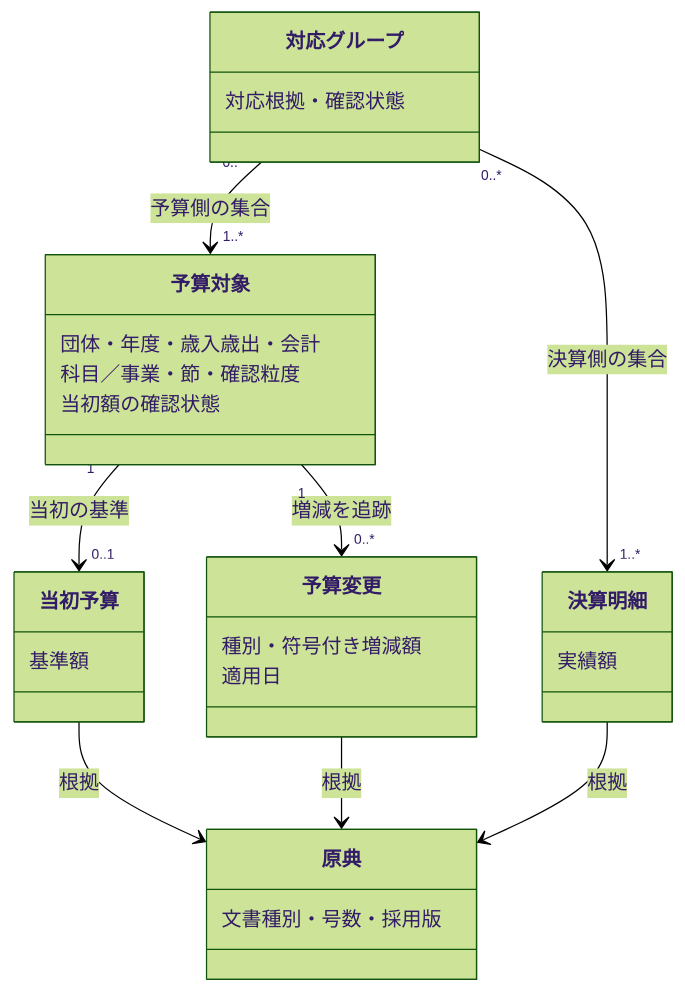
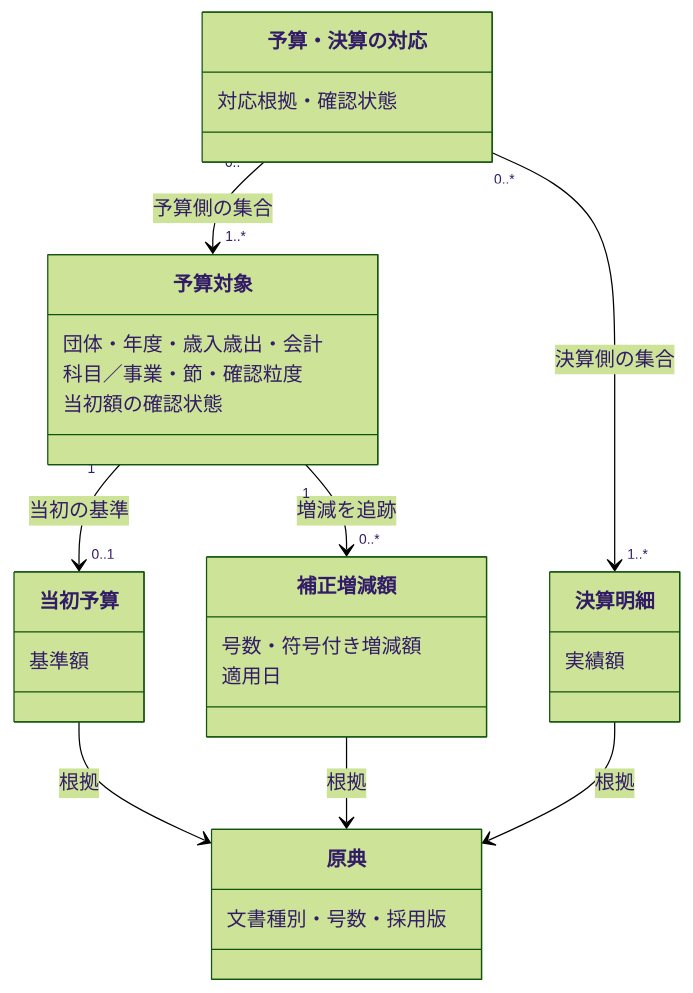
One commit to wwwyo/fudoki changed the diagram in docs/prd/fiscal-budget-history/prd.md. Above: the diagram before and after it, drawn with Mermaid (forest theme). The commit also changed other lines of this file and 2 other files, not shown here.

````diff
--- a/docs/prd/fiscal-budget-history/prd.md
+++ b/docs/prd/fiscal-budget-history/prd.md
@@ -48,32 +49,32 @@
 ```mermaid
 classDiagram
     direction TB
     class Origin["原典"] {
         文書種別・号数・採用版
     }
     class BudgetItem["予算対象"] {
         団体・年度・歳入歳出・会計
         科目／事業・節・確認粒度
         当初額の確認状態
     }
     class InitialBudget["当初予算"] {
         基準額
     }
-    class BudgetChange["予算変更"] {
-        種別・符号付き増減額
+    class BudgetChange["補正増減額"] {
+        号数・符号付き増減額
         適用日
     }
     class SettlementLine["決算明細"] {
         実績額
     }
-    class MatchGroup["対応グループ"] {
+    class MatchGroup["予算・決算の対応"] {
         対応根拠・確認状態
     }
     BudgetItem "1" --> "0..1" InitialBudget : 当初の基準
     BudgetItem "1" --> "0..*" BudgetChange : 増減を追跡
     InitialBudget --> Origin : 根拠
     BudgetChange --> Origin : 根拠
     SettlementLine --> Origin : 根拠
     MatchGroup "0..*" --> "1..*" BudgetItem : 予算側の集合
     MatchGroup "0..*" --> "1..*" SettlementLine : 決算側の集合
 ```
````
